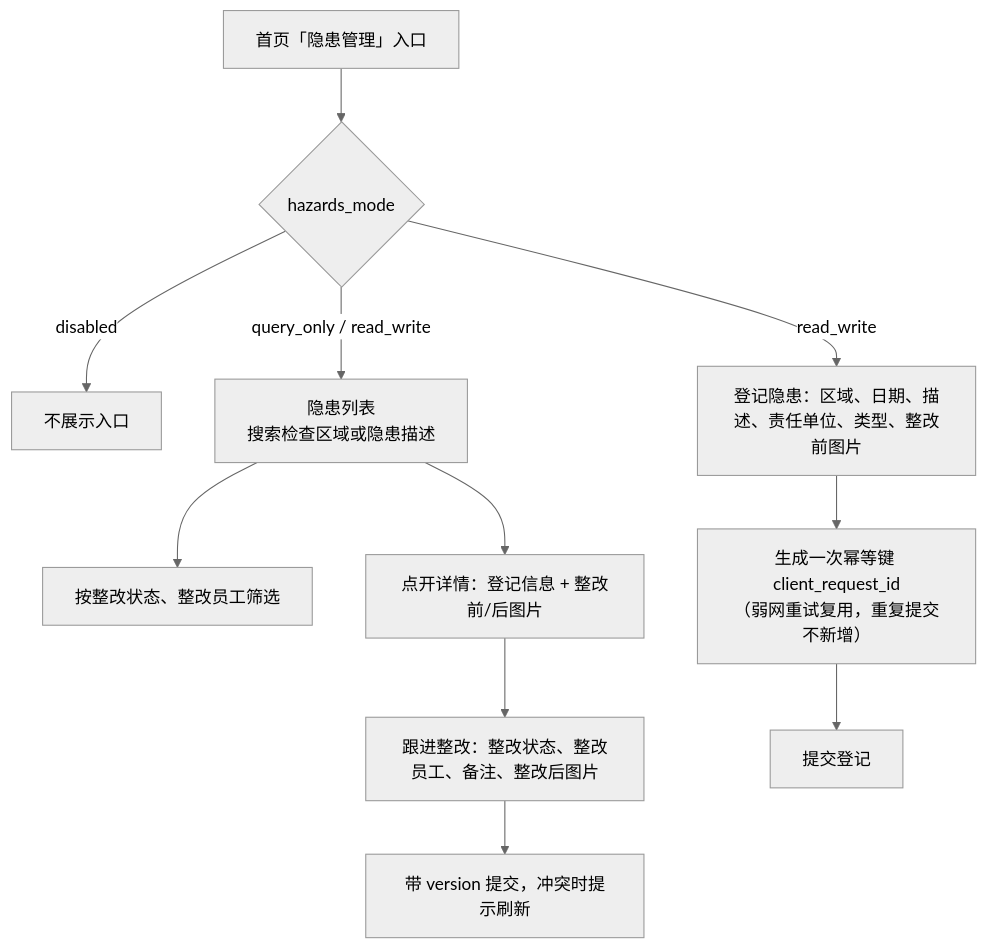
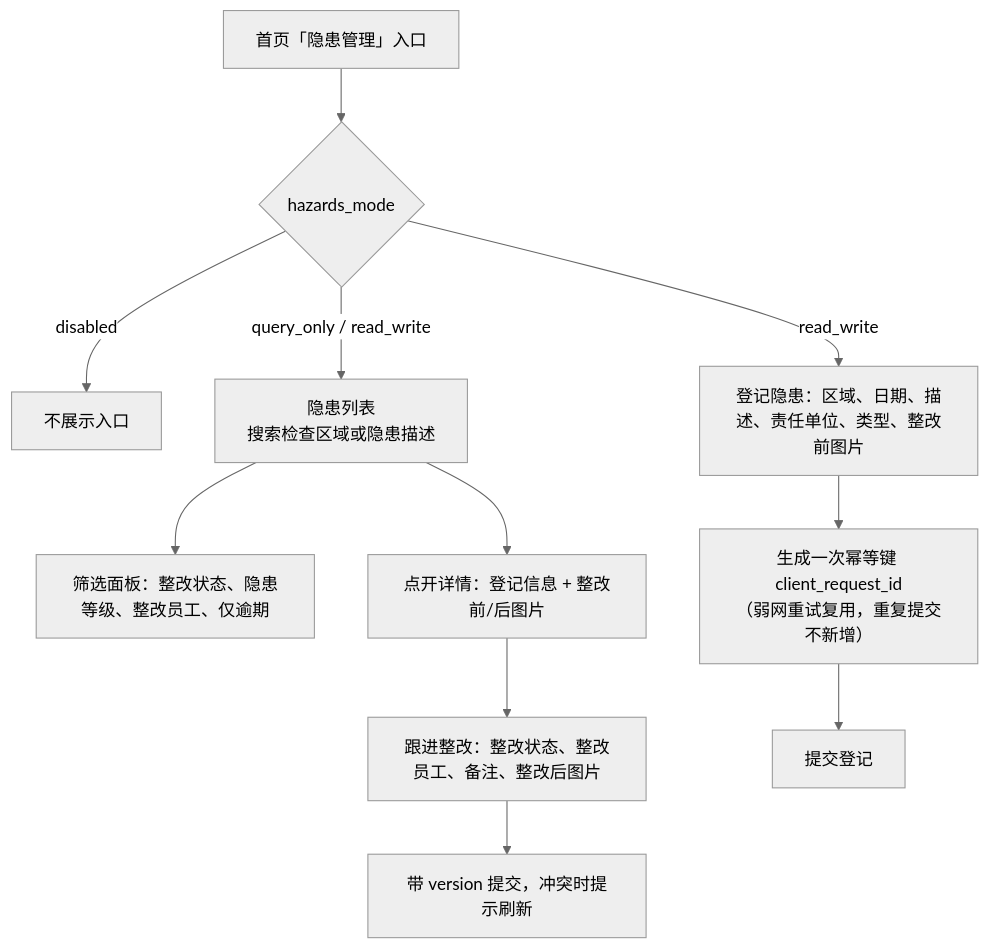
One commit to Sakana-1314/Electrical-Manager changed the seventh of 9 diagrams in docs/websites/pages/dev-architecture.md. Above: the diagram before and after it, drawn with Mermaid (neutral theme). The commit also changed other lines of this file and 44 other files, not shown here.

````diff
--- a/docs/websites/pages/dev-architecture.md
+++ b/docs/websites/pages/dev-architecture.md
@@ -1002,13 +1015,13 @@
 ```mermaid
 flowchart TD
     A["首页「隐患管理」入口"] --> B{"hazards_mode"}
     B -- "disabled" --> B1["不展示入口"]
     B -- "query_only / read_write" --> C["隐患列表<br/>搜索检查区域或隐患描述"]
-    C --> D["按整改状态、整改员工筛选"]
+    C --> D["筛选面板：整改状态、隐患等级、整改员工、仅逾期"]
     C --> E["点开详情：登记信息 + 整改前/后图片"]
     B -- "read_write" --> F["登记隐患：区域、日期、描述、责任单位、类型、整改前图片"]
     F --> G["生成一次幂等键 client_request_id<br/>（弱网重试复用，重复提交不新增）"]
     G --> H["提交登记"]
     E --> I["跟进整改：整改状态、整改员工、备注、整改后图片"]
     I --> J["带 version 提交，冲突时提示刷新"]
 ```
````
